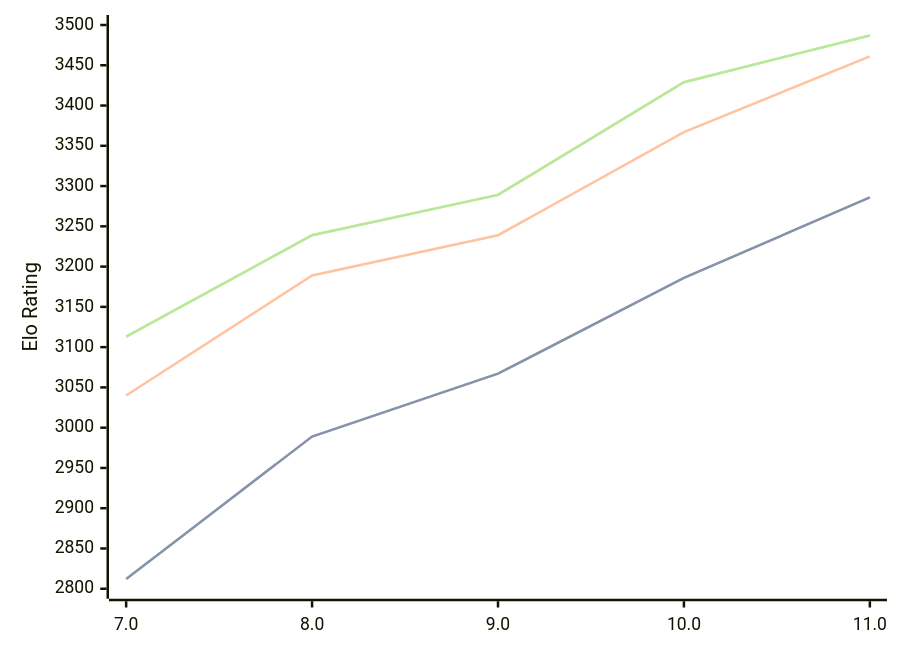
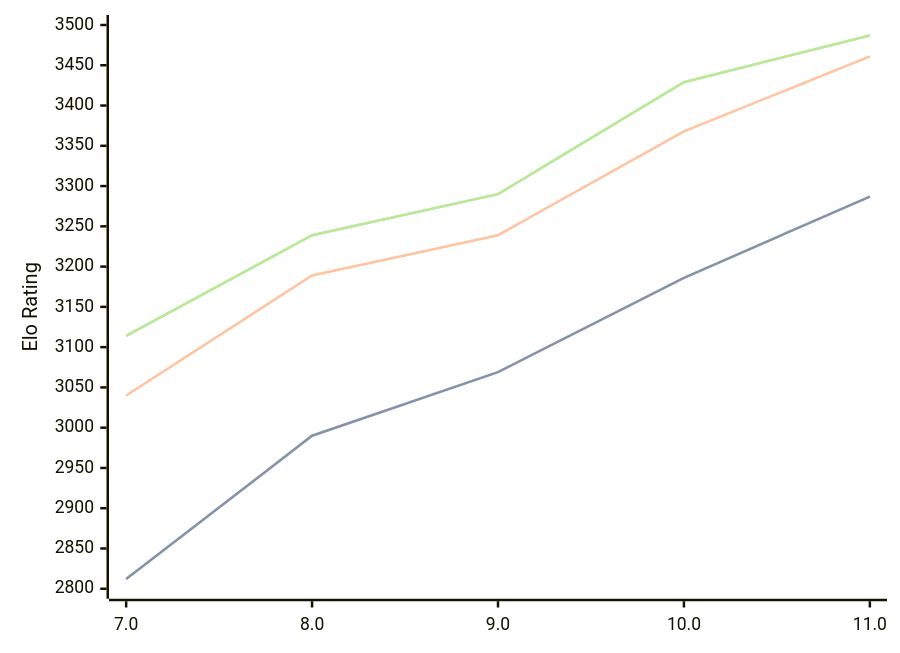
Before and after one commit to computer-chess-index/cci: the diagram in engines/Tcheran.md, drawn with Mermaid. The commit also changed other lines of this file, not shown here.

Commit message:
Update CCI Ratings (ELO VLTC) - 2026-05-03

````diff
--- a/engines/Tcheran.md
+++ b/engines/Tcheran.md
@@ -49,11 +49,11 @@
 ```mermaid
 %%{init: {"theme":"base","themeVariables":{"seriesColors:['#a3a3a3','#222221','#faa371']}}}%%
 xychart-beta
   x-axis ["7.0", "8.0", "9.0", "10.0", "11.0"]
   y-axis "Elo Rating" 2800 --> 3500
-  line "STC (8.0+0.08s)" [2812, 2989, 3067, 3186, 3286]
-  line "STC (8.0+0.08s)" [2812, 2989, 3067, 3186, 3286]
-  line "LTC (60.0+0.60s)" [3040, 3189, 3239, 3367, 3461]
-  line "VLTC (2m24s+1.12s)" [3113, 3239, 3289, 3429, 3487]
-  line "VLTC (2m24s+1.12s)" [3113, 3239, 3289, 3429, 3487]
+  line "STC (8.0+0.08s)" [2812, 2990, 3069, 3186, 3287]
+  line "STC (8.0+0.08s)" [2812, 2990, 3069, 3186, 3287]
+  line "LTC (60.0+0.60s)" [3040, 3189, 3239, 3368, 3461]
+  line "VLTC (2m24s+1.12s)" [3114, 3239, 3290, 3429, 3487]
+  line "VLTC (2m24s+1.12s)" [3114, 3239, 3290, 3429, 3487]
 ```
````
